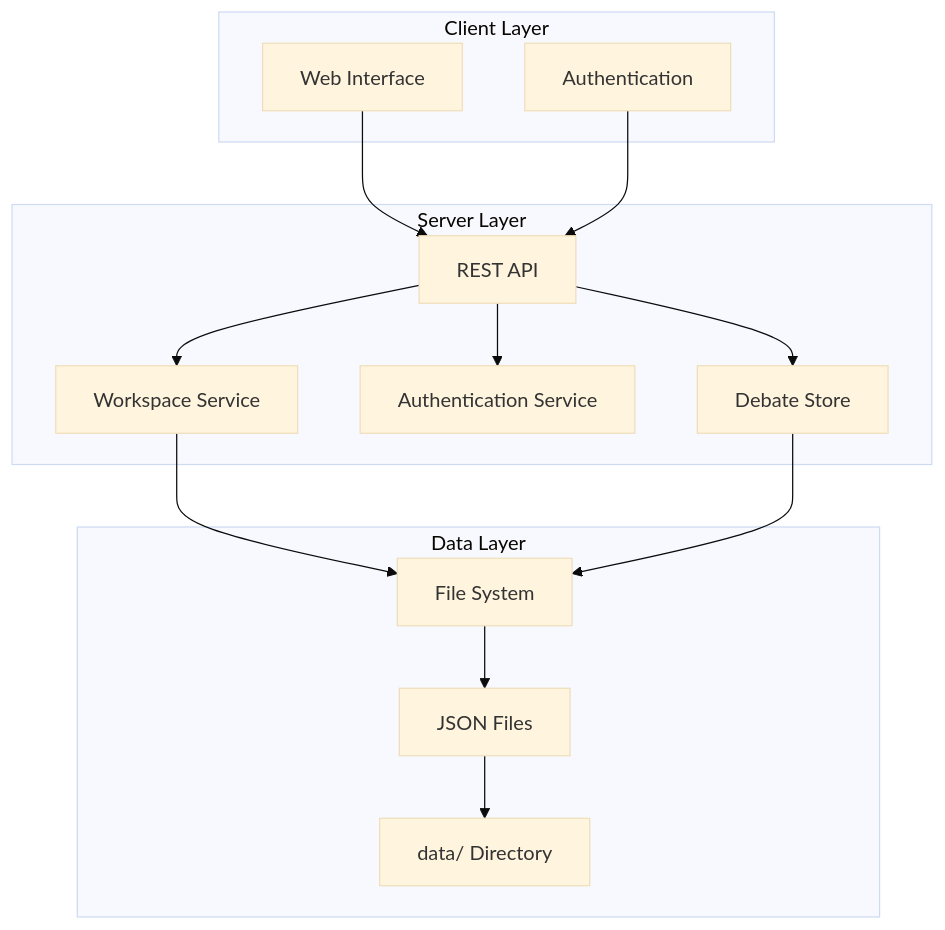
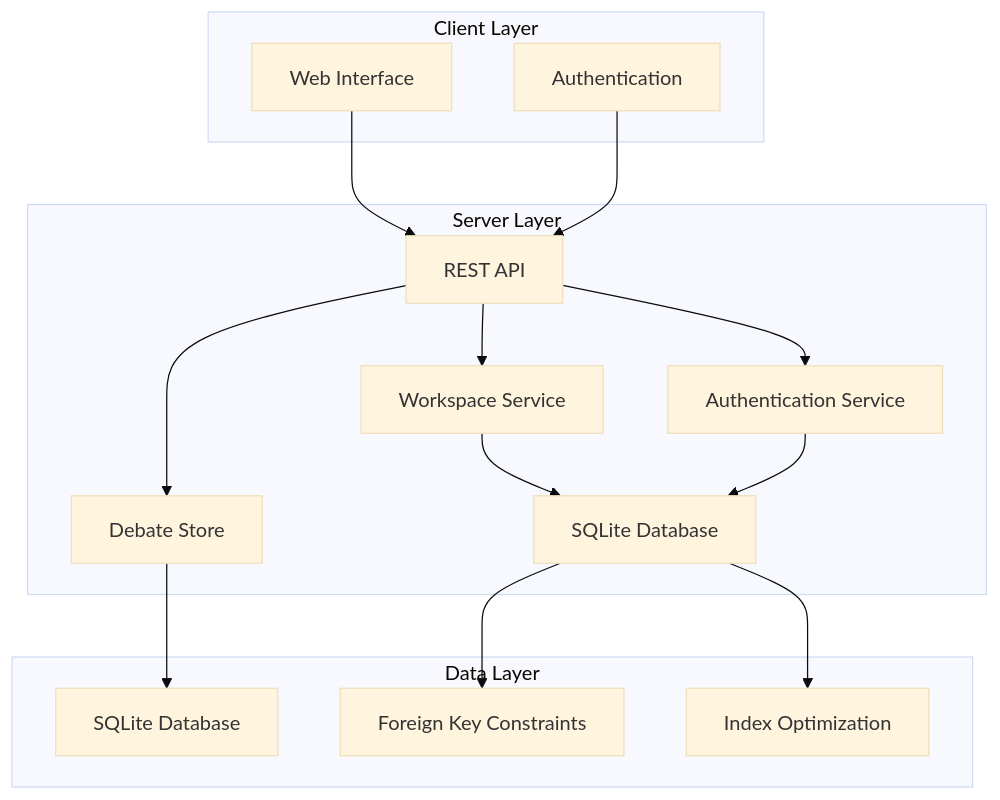
One commit to RunTimeAdmin/tri-ai changed the first of 8 diagrams in .qoder/repowiki/en/content/Frontend Application/Workspace Management.md. Above: the diagram before and after it, drawn with Mermaid (base theme). The commit also changed other lines of this file and 40 other files, not shown here.

````diff
--- a/.qoder/repowiki/en/content/Frontend Application/Workspace Management.md
+++ b/.qoder/repowiki/en/content/Frontend Application/Workspace Management.md
@@ -40,27 +49,29 @@
 ```mermaid
 graph TB
 subgraph "Client Layer"
 UI[Web Interface]
 Auth[Authentication]
 end
 subgraph "Server Layer"
 API[REST API]
 WS[Workspace Service]
 AUTH[Authentication Service]
+DB[SQLite Database]
 DS[Debate Store]
 end
 subgraph "Data Layer"
-FS[File System]
-JSON[JSON Files]
-DATA[data/ Directory]
+SQL[SQLite Database]
+FK[Foreign Key Constraints]
+IDX[Index Optimization]
 end
 UI --> API
 Auth --> API
 API --> WS
 API --> AUTH
 API --> DS
-WS --> FS
-DS --> FS
-FS --> JSON
-JSON --> DATA
+WS --> DB
+AUTH --> DB
+DS --> SQL
+DB --> FK
+DB --> IDX
 ```
````
